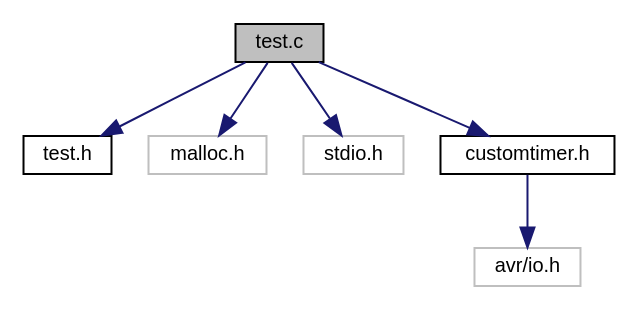
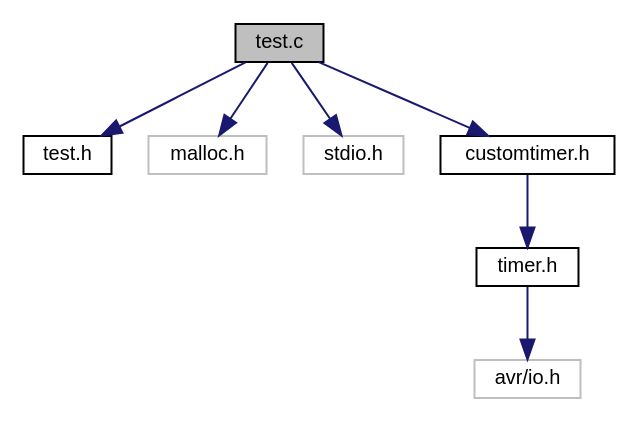
One commit to LuTri/AVRClock changed the diagram in test_8c__incl.dot. Above: the diagram before and after it, drawn with Graphviz. The commit also changed 41 other files, not shown here.

```diff
--- a/test_8c__incl.dot
+++ b/test_8c__incl.dot
@@ -1,16 +1,18 @@
 digraph "test.c"
 {
   edge [fontname="Helvetica",fontsize="10",labelfontname="Helvetica",labelfontsize="10"];
   node [fontname="Helvetica",fontsize="10",shape=record];
   Node1 [label="test.c",height=0.2,width=0.4,color="black", fillcolor="grey75", style="filled" fontcolor="black"];
   Node1 -> Node2 [color="midnightblue",fontsize="10",style="solid",fontname="Helvetica"];
   Node2 [label="test.h",height=0.2,width=0.4,color="black", fillcolor="white", style="filled",URL="$test_8h.html"];
   Node1 -> Node3 [color="midnightblue",fontsize="10",style="solid",fontname="Helvetica"];
   Node3 [label="malloc.h",height=0.2,width=0.4,color="grey75", fillcolor="white", style="filled"];
   Node1 -> Node4 [color="midnightblue",fontsize="10",style="solid",fontname="Helvetica"];
   Node4 [label="stdio.h",height=0.2,width=0.4,color="grey75", fillcolor="white", style="filled"];
   Node1 -> Node5 [color="midnightblue",fontsize="10",style="solid",fontname="Helvetica"];
   Node5 [label="customtimer.h",height=0.2,width=0.4,color="black", fillcolor="white", style="filled",URL="$customtimer_8h.html"];
   Node5 -> Node6 [color="midnightblue",fontsize="10",style="solid",fontname="Helvetica"];
-  Node6 [label="avr/io.h",height=0.2,width=0.4,color="grey75", fillcolor="white", style="filled"];
+  Node6 [label="timer.h",height=0.2,width=0.4,color="black", fillcolor="white", style="filled",URL="$timer_8h.html"];
+  Node6 -> Node7 [color="midnightblue",fontsize="10",style="solid",fontname="Helvetica"];
+  Node7 [label="avr/io.h",height=0.2,width=0.4,color="grey75", fillcolor="white", style="filled"];
 }
```
